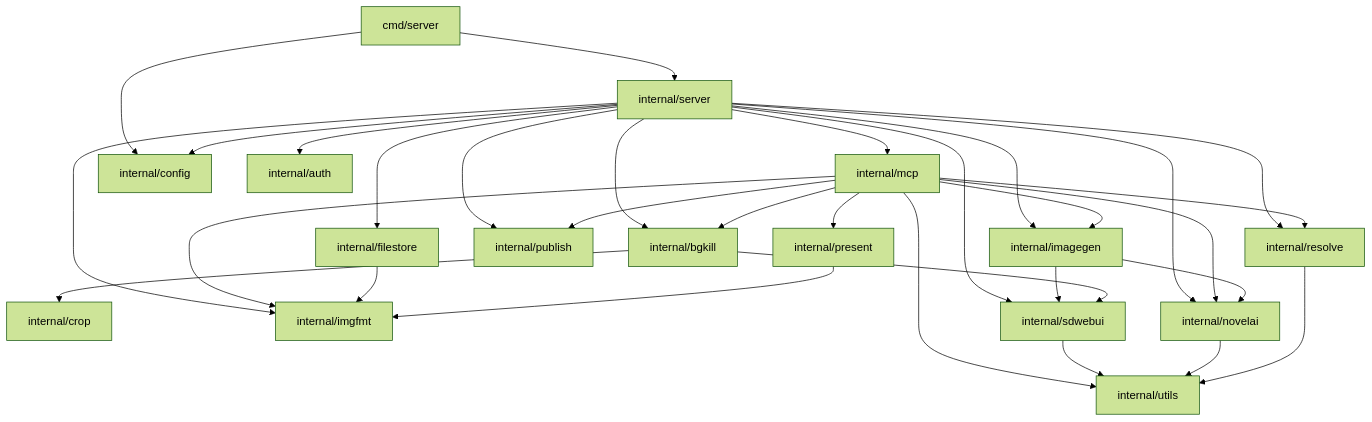
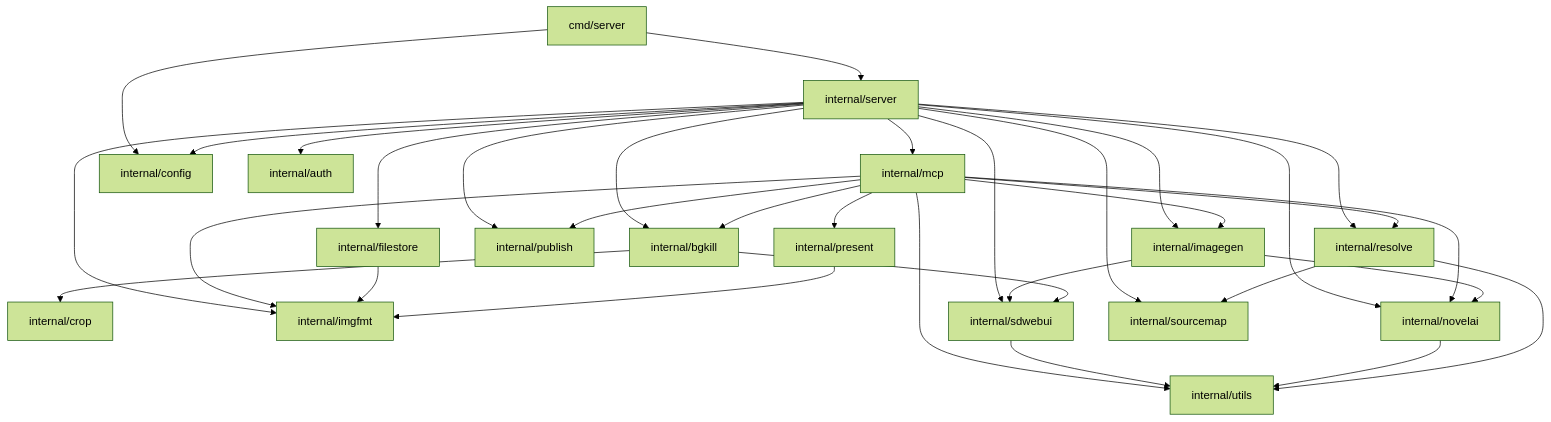
Before and after one commit to wishmatic/neo-mcp: the diagram in AGENTS.md, drawn with Mermaid (forest theme). The commit also changed other lines of this file and 16 other files, not shown here.

````diff
--- a/AGENTS.md
+++ b/AGENTS.md
@@ -75,54 +75,57 @@
 ```mermaid
 flowchart TD
     cmd["cmd/server"]
     server["internal/server"]
     mcp["internal/mcp"]
     imagegen["internal/imagegen"]
     bgkill["internal/bgkill"]
     present["internal/present"]
     publish["internal/publish"]
     crop["internal/crop"]
     imgfmt["internal/imgfmt"]
     sdwebui["internal/sdwebui"]
     novelai["internal/novelai"]
+    sourcemap["internal/sourcemap"]
     resolve["internal/resolve"]
     filestore["internal/filestore"]
     config["internal/config"]
     auth["internal/auth"]
     utils["internal/utils"]
 
     cmd --> server
     cmd --> config
 
     server --> mcp
     server --> imagegen
     server --> bgkill
     server --> publish
     server --> auth
     server --> config
     server --> sdwebui
     server --> novelai
     server --> resolve
     server --> filestore
     server --> imgfmt
+    server --> sourcemap
 
     mcp --> imagegen
     mcp --> bgkill
     mcp --> present
     mcp --> publish
     mcp --> imgfmt
     mcp --> novelai
     mcp --> resolve
     mcp --> utils
 
     imagegen --> sdwebui
     imagegen --> novelai
     bgkill --> sdwebui
     bgkill --> crop
     filestore --> imgfmt
     present --> imgfmt
 
     sdwebui --> utils
     novelai --> utils
+    resolve --> sourcemap
     resolve --> utils
 ```
````
